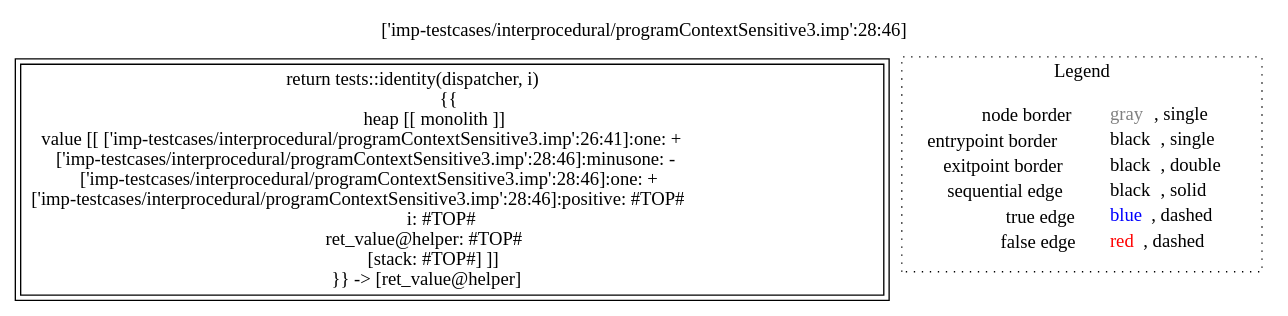
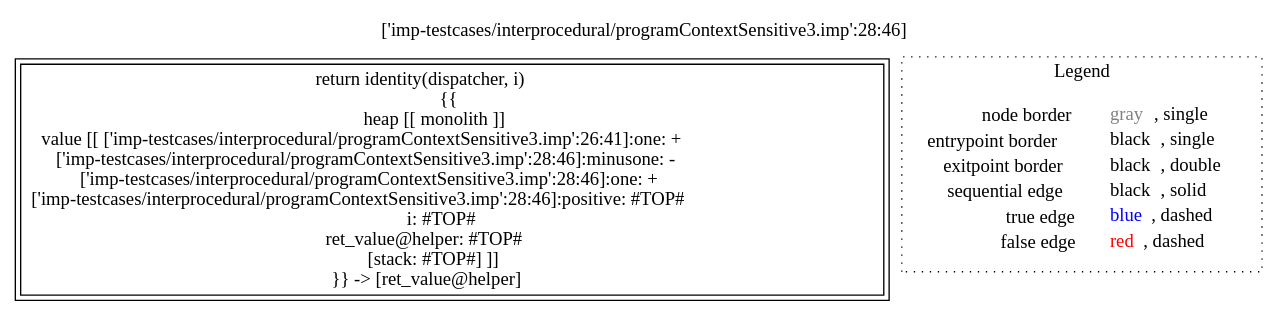
Before and after one commit to lisa-analyzer/lisa: the diagram in lisa/lisa-core/imp-testcases/interprocedural/RTAContextSensitive3/analysis___-1719653279_untyped_tests.helper(tests__this,_untyped_i,_untyped_dispatcher).dot, drawn with Graphviz. The commit also changed 36 other files, not shown here.

```diff
--- a/lisa/lisa-core/imp-testcases/interprocedural/RTAContextSensitive3/analysis___-1719653279_untyped_tests.helper(tests__this,_untyped_i,_untyped_dispatcher).dot
+++ b/lisa/lisa-core/imp-testcases/interprocedural/RTAContextSensitive3/analysis___-1719653279_untyped_tests.helper(tests__this,_untyped_i,_untyped_dispatcher).dot
@@ -1,12 +1,12 @@
 digraph {
 	labelloc="t";
 	label="['imp-testcases/interprocedural/programContextSensitive3.imp':28:46]";
-	"node0" [shape="rect",color="black",peripheries="2",label=<return tests::identity(dispatcher, i)<BR/>{{<BR/>heap [[ monolith ]]<BR/>value [[ ['imp-testcases/interprocedural/programContextSensitive3.imp':26:41]:one: +<BR/>['imp-testcases/interprocedural/programContextSensitive3.imp':28:46]:minusone: -<BR/>['imp-testcases/interprocedural/programContextSensitive3.imp':28:46]:one: +<BR/>['imp-testcases/interprocedural/programContextSensitive3.imp':28:46]:positive: #TOP#<BR/>i: #TOP#<BR/>ret_value@helper: #TOP#<BR/>[stack: #TOP#] ]]<BR/>}} -&gt; [ret_value@helper]>];
+	"node0" [shape="rect",color="black",peripheries="2",label=<return identity(dispatcher, i)<BR/>{{<BR/>heap [[ monolith ]]<BR/>value [[ ['imp-testcases/interprocedural/programContextSensitive3.imp':26:41]:one: +<BR/>['imp-testcases/interprocedural/programContextSensitive3.imp':28:46]:minusone: -<BR/>['imp-testcases/interprocedural/programContextSensitive3.imp':28:46]:one: +<BR/>['imp-testcases/interprocedural/programContextSensitive3.imp':28:46]:positive: #TOP#<BR/>i: #TOP#<BR/>ret_value@helper: #TOP#<BR/>[stack: #TOP#] ]]<BR/>}} -&gt; [ret_value@helper]>];
 subgraph cluster_legend {
 	label="Legend";
 	style=dotted;
 	node [shape=plaintext];
 	"legend" [label=<<table border="0" cellpadding="2" cellspacing="0" cellborder="0"><tr><td align="right">node border&nbsp;</td><td align="left"><font color="gray">gray</font>, single</td></tr><tr><td align="right">entrypoint border&nbsp;</td><td align="left"><font color="black">black</font>, single</td></tr><tr><td align="right">exitpoint border&nbsp;</td><td align="left"><font color="black">black</font>, double</td></tr><tr><td align="right">sequential edge&nbsp;</td><td align="left"><font color="black">black</font>, solid</td></tr><tr><td align="right">true edge&nbsp;</td><td align="left"><font color="blue">blue</font>, dashed</td></tr><tr><td align="right">false edge&nbsp;</td><td align="left"><font color="red">red</font>, dashed</td></tr></table>>];
 }
 
 }
```
